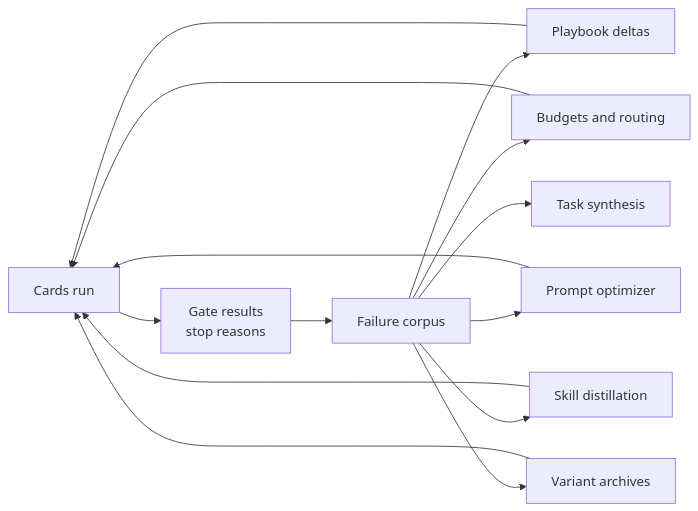
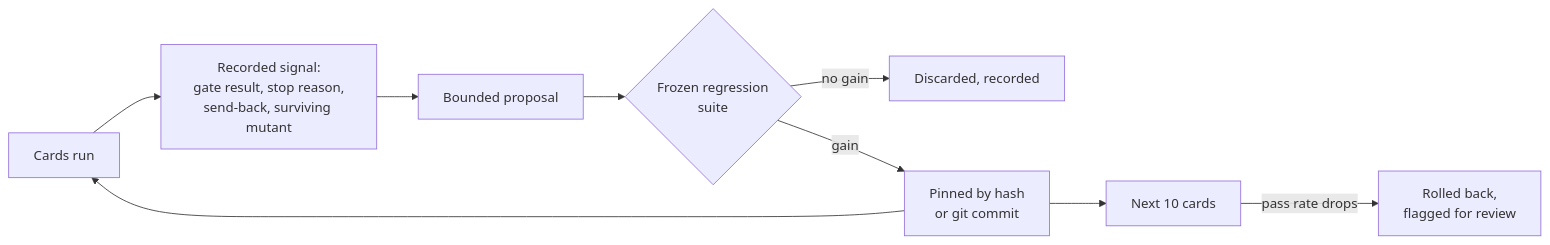
Before and after one commit to brennansk1/sekhemet: the sixth of 9 diagrams in docs/design/HARNESS_DESIGN.md, drawn with Mermaid. The commit also changed other lines of this file, not shown here.

````diff
--- a/docs/design/HARNESS_DESIGN.md
+++ b/docs/design/HARNESS_DESIGN.md
@@ -1147,16 +1300,11 @@
 ```mermaid
 flowchart LR
-  Cards[Cards run] --> Gates[Gate results<br/>stop reasons]
-  Gates --> Data[Failure corpus]
-  Data --> Playbook[Playbook deltas]
-  Data --> Budgets[Budgets and routing]
-  Data --> Prompts[Prompt optimizer]
-  Data --> Skills[Skill distillation]
-  Data --> Evals[Task synthesis]
-  Data --> Archive[Variant archives]
-  Playbook --> Cards
-  Budgets --> Cards
-  Prompts --> Cards
-  Skills --> Cards
-  Archive --> Cards
+  Cards[Cards run] --> Signal[Recorded signal:<br/>gate result, stop reason,<br/>send-back, surviving mutant]
+  Signal --> Proposal[Bounded proposal]
+  Proposal --> Suite{Frozen regression<br/>suite}
+  Suite -->|no gain| Discard[Discarded, recorded]
+  Suite -->|gain| Pin[Pinned by hash<br/>or git commit]
+  Pin --> Cards
+  Pin --> Watch[Next 10 cards]
+  Watch -->|pass rate drops| Revert[Rolled back,<br/>flagged for review]
 ```
````
